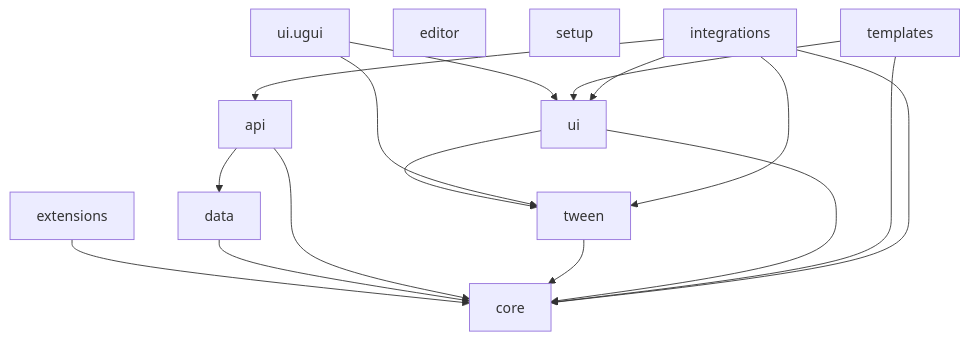
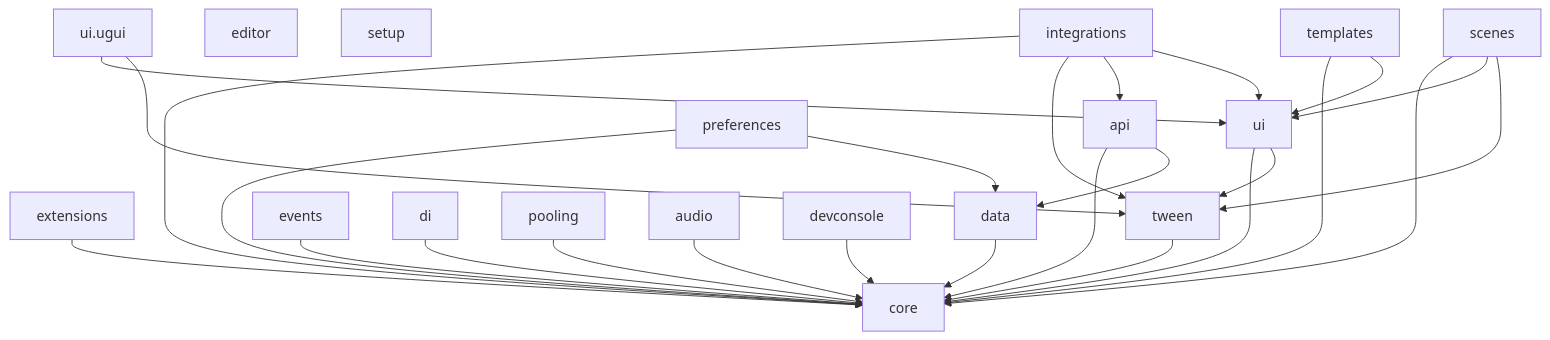
The diagram in README.md (Uee03/Pretzel), drawn with Mermaid before and after one commit. The commit also changed other lines of this file and 416 other files, not shown here.

````diff
--- a/README.md
+++ b/README.md
@@ -12,30 +12,47 @@
 ```mermaid
 graph TD
     core[core]
     extensions[extensions]
     data[data]
     api[api]
     tween[tween]
     ui[ui]
     ugui[ui.ugui]
     editor[editor]
     setup[setup]
     templates[templates]
     integrations[integrations]
+    events[events]
+    di[di]
+    pooling[pooling]
+    scenes[scenes]
+    audio[audio]
+    preferences[preferences]
+    devconsole[devconsole]
 
     extensions --> core
     data --> core
     api --> core
     api --> data
     tween --> core
     ui --> core
     ui --> tween
     ugui --> ui
     ugui --> tween
     templates --> core
     templates --> ui
     integrations --> core
     integrations --> tween
     integrations --> api
     integrations --> ui
+    events --> core
+    di --> core
+    pooling --> core
+    scenes --> core
+    scenes --> ui
+    scenes --> tween
+    audio --> core
+    preferences --> core
+    preferences --> data
+    devconsole --> core
 ```
````
